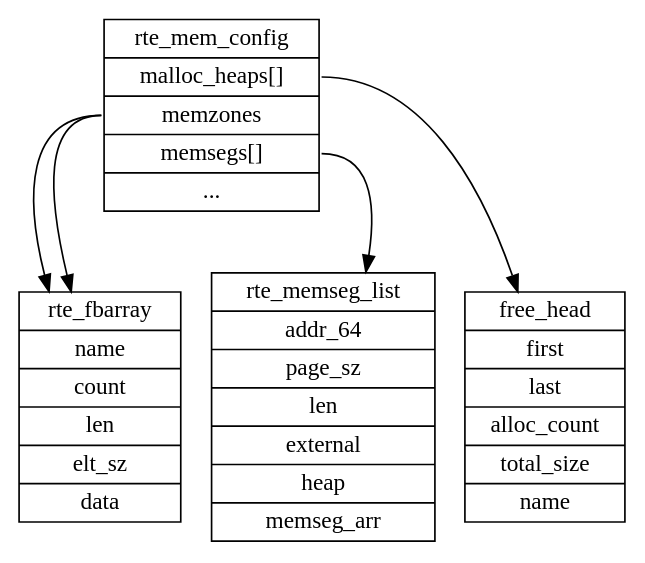
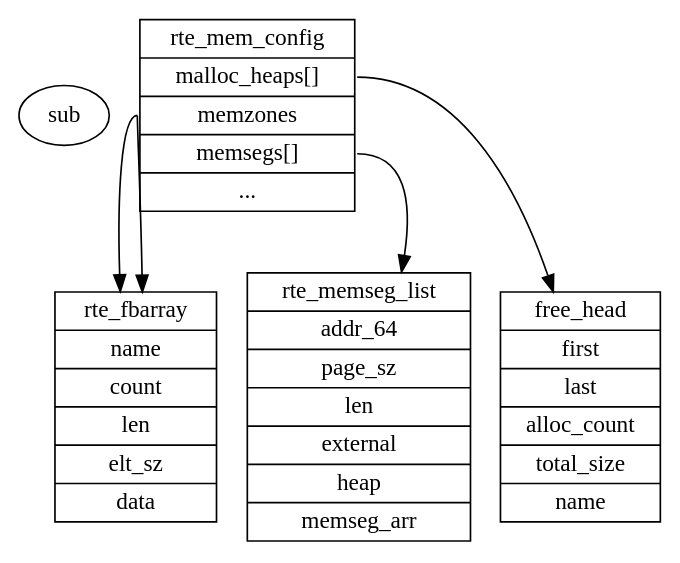
One commit to sisyphus1212/note changed the diagram in dpdk/内存管理.md. Above: the diagram before and after it, drawn with Graphviz.

Commit message:
auto_update

````diff
--- a/dpdk/内存管理.md
+++ b/dpdk/内存管理.md
@@ -16,52 +16,53 @@
 ```graphviz
 digraph {
+	sub
 	mem_cfg [
 		label = "{
 		<f0>rte_mem_config|
         <f1>malloc_heaps[]|
 		<f2>memzones|
 		<f3>memsegs[]|
 		<f4>...
 		}",
 		shape = "record"
 	];
 	rte_fbarray[
 		label = "{
 		rte_fbarray|
         name|
 		count|
 		len|
 		elt_sz|
 		data
 		}",
 		shape = "record"
 	];
 	rte_memseg_list[
 		label = "{
 		<f0>rte_memseg_list|
 		<f1>addr_64|
 		<f2>page_sz|
 		<f3>len|
 		<f4>external|
 		<f5>heap |
 		<f6>memseg_arr
 		}",
 		shape = "record"
 	];
 	malloc_heap[
 		label = "{
 		free_head|
 		first|
         last|
 		alloc_count|
 		total_size|
 		name
 		}",
 		shape = "record"
 	];
 	mem_cfg :f1 -> malloc_heap
 	mem_cfg :f2 -> rte_fbarray
 	mem_cfg :f3 -> rte_memseg_list
 	mem_cfg :f6 -> rte_fbarray
 }
 ```
````
